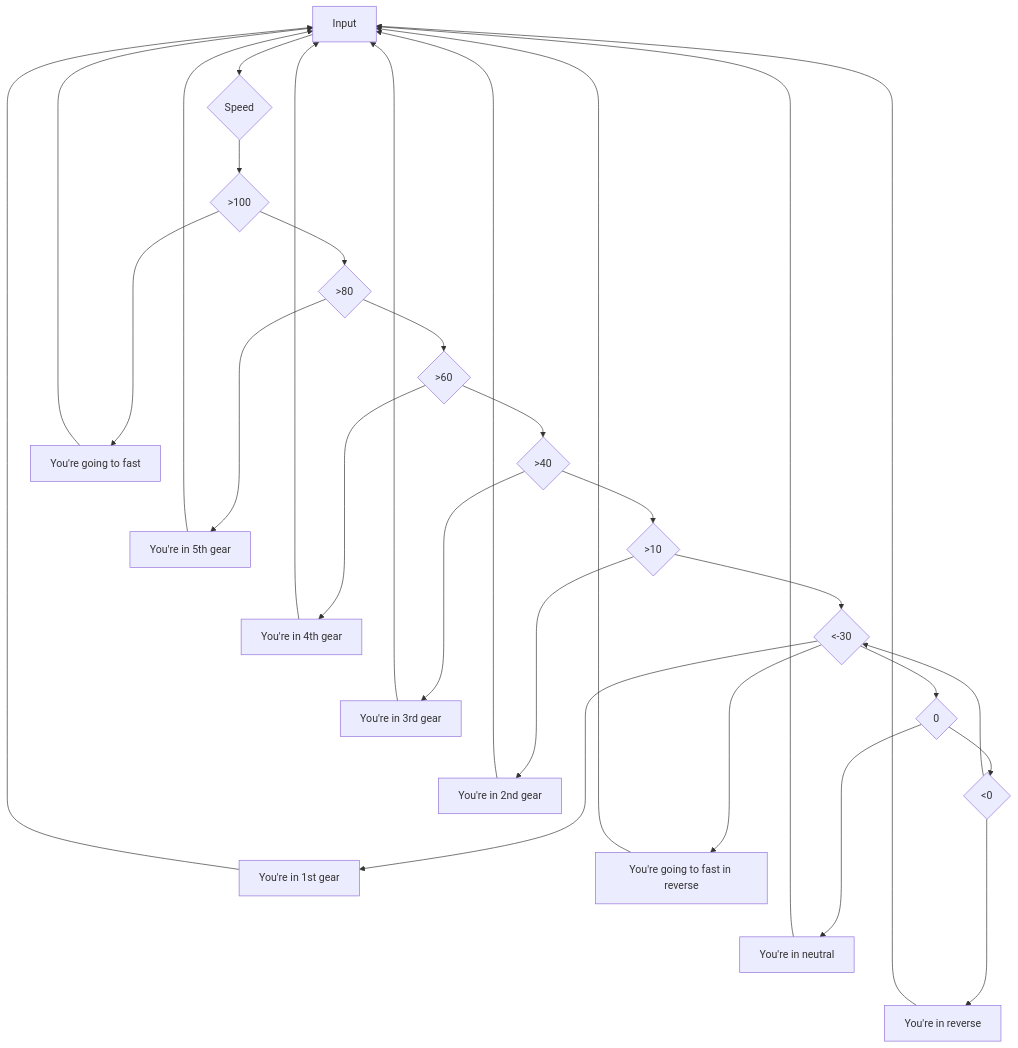
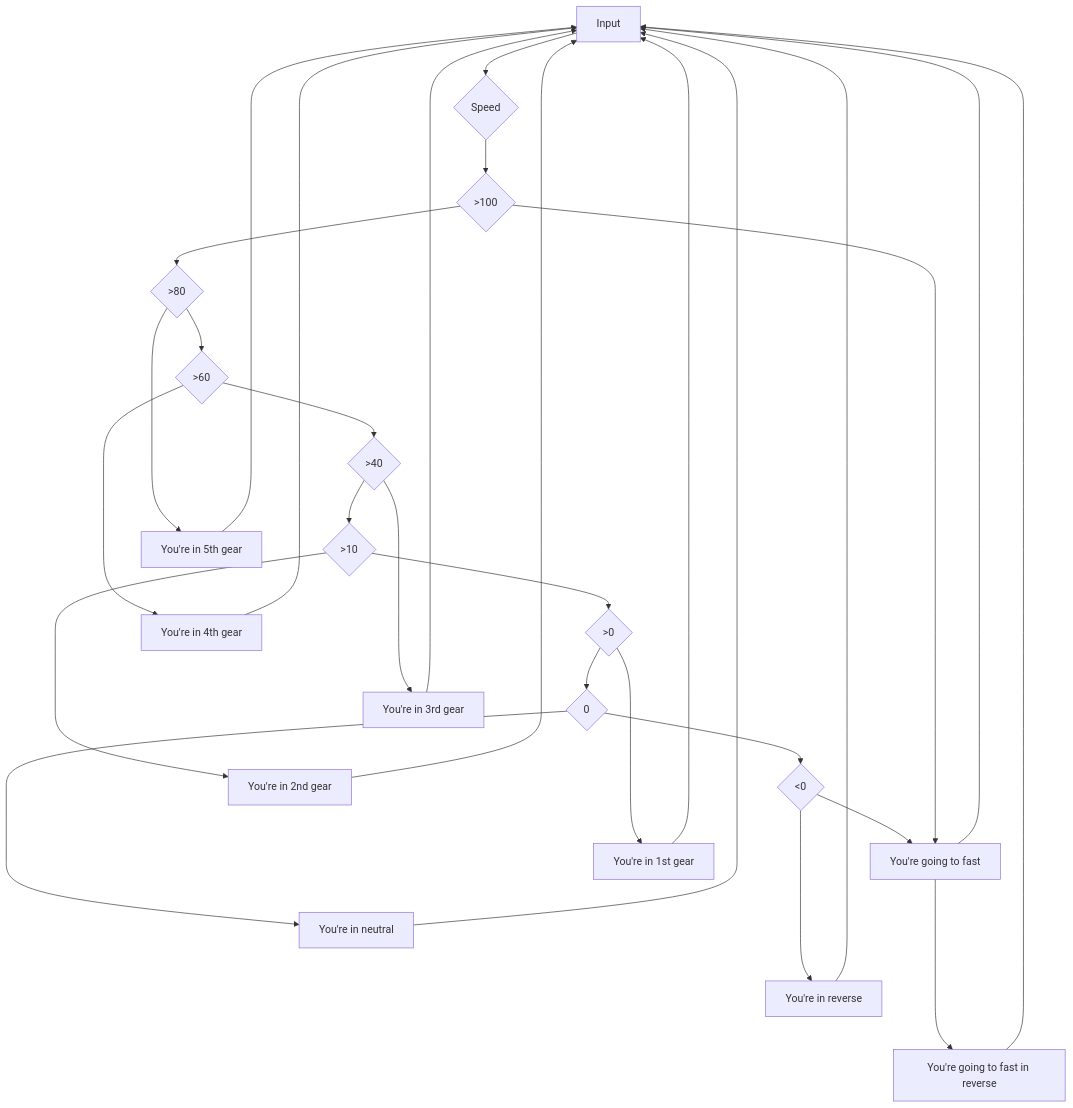
One commit to RockFreakRickerd/SameCodeDifferentLanguagues changed the diagram in Gearbox/README.md. Above: the diagram before and after it, drawn with Mermaid.

````diff
--- a/Gearbox/README.md
+++ b/Gearbox/README.md
@@ -9,14 +9,14 @@
 ```mermaid
 flowchart TD
     A[Input] --> B{Speed};
-    B --> C{>100} --> D{>80} --> E{>60} --> F{>40} --> G{>10} --> H{>0} --> I{0} --> J{<0} --> H{<-30}
+    B --> C{>100} --> D{>80} --> E{>60} --> F{>40} --> G{>10} --> H{>0} --> I{0} --> J{<0} --> K{<-30}
     C ----> K[You're going to fast] ----> A[Input];
     D ----> L[You're in 5th gear] ---> A[Input];
     E ----> M[You're in 4th gear] ----> A[Input];
     F ----> N[You're in 3rd gear] ----> A[Input];
     G ----> O[You're in 2nd gear] ----> A[Input];
     H ----> P[You're in 1st gear] ----> A[Input];
     I ----> Q[You're in neutral] ----> A[Input];
     J ----> R[You're in reverse] ----> A[Input];
-    H ----> S[You're going to fast in reverse] ----> A[Input];
+    K ----> S[You're going to fast in reverse] ----> A[Input];
 ```
````
